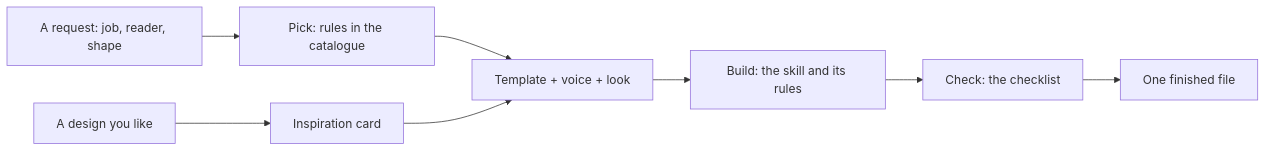
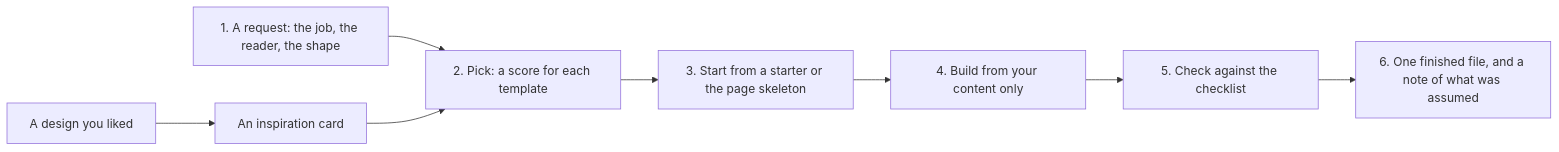
Before and after one commit to bar181/practical-ai: the diagram in drafts/artifact-studio/README.md, drawn with Mermaid. The commit also changed other lines of this file and 125 other files, not shown here.

````diff
--- a/drafts/artifact-studio/README.md
+++ b/drafts/artifact-studio/README.md
@@ -34,9 +61,9 @@
 ```mermaid
 flowchart LR
-  R[A request: job, reader, shape] --> P[Pick: rules in the catalogue]
-  P --> T[Template + voice + look]
-  T --> B[Build: the skill and its rules]
-  B --> C[Check: the checklist]
-  C --> F[One finished file]
-  I[A design you like] --> N[Inspiration card] --> T
+  R[1. A request: the job, the reader, the shape] --> P[2. Pick: a score for each template]
+  P --> S[3. Start from a starter or the page skeleton]
+  S --> B[4. Build from your content only]
+  B --> C[5. Check against the checklist]
+  C --> F[6. One finished file, and a note of what was assumed]
+  I[A design you liked] --> N[An inspiration card] --> P
 ```
````
